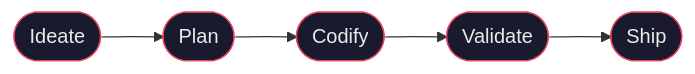
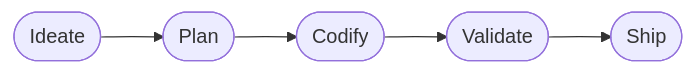
One commit to jwogrady/spark changed the diagram in README.md. Above: the diagram before and after it, drawn with Mermaid. The commit also changed other lines of this file, not shown here.

````diff
--- a/README.md
+++ b/README.md
@@ -36,13 +54,7 @@
 ```mermaid
 flowchart LR
     A([Ideate]) --> B([Plan])
     B --> C([Codify])
     C --> D([Validate])
     D --> E([Ship])
-    A:::stage
-    B:::stage
-    C:::stage
-    D:::stage
-    E:::stage
-    classDef stage fill:#1a1a2e,stroke:#e94560,color:#eaeaea,rx:6
 ```
````
